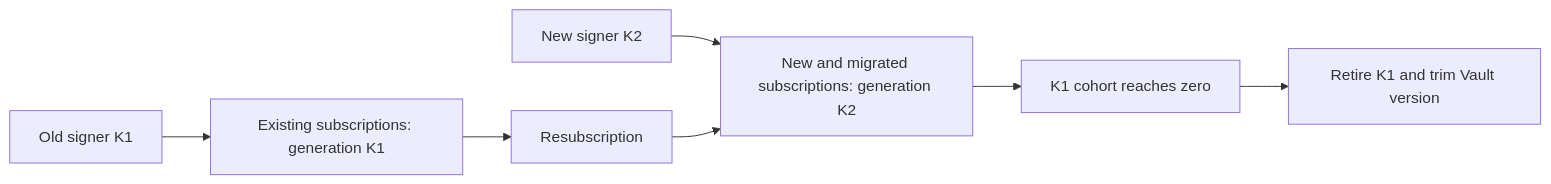
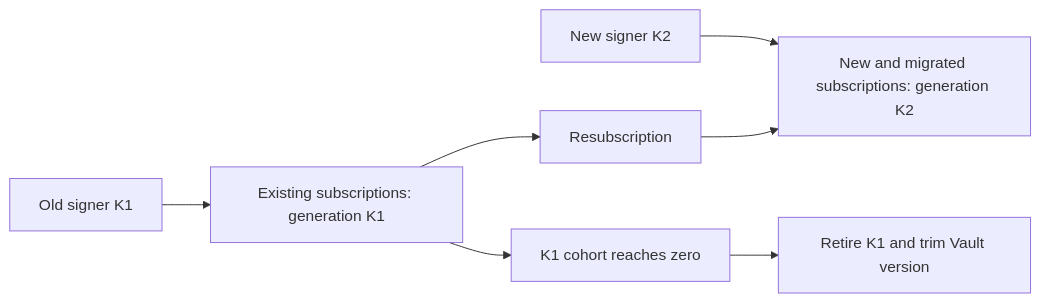
The diagram in docs/VAPID-KEY-ROTATION.md (the13haven/push2u), drawn with Mermaid before and after one commit. The commit also changed other lines of this file and 4 other files, not shown here.

````diff
--- a/docs/VAPID-KEY-ROTATION.md
+++ b/docs/VAPID-KEY-ROTATION.md
@@ -165,9 +208,9 @@
 ```mermaid
 flowchart LR
     A["Old signer K1"] --> B["Existing subscriptions: generation K1"]
     C["New signer K2"] --> D["New and migrated subscriptions: generation K2"]
     B --> E["Resubscription"]
     E --> D
-    D --> F["K1 cohort reaches zero"]
+    B --> F["K1 cohort reaches zero"]
     F --> G["Retire K1 and trim Vault version"]
 ```
````
